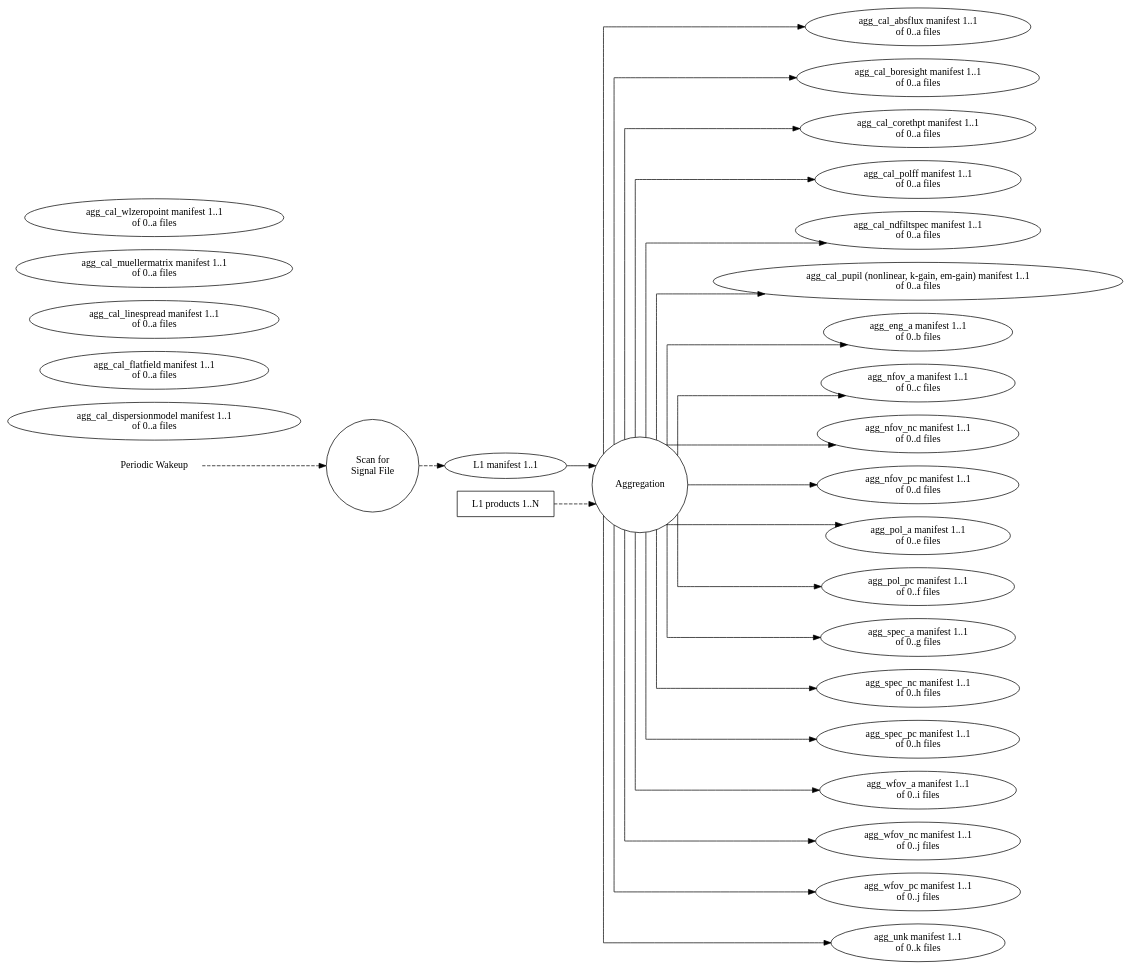
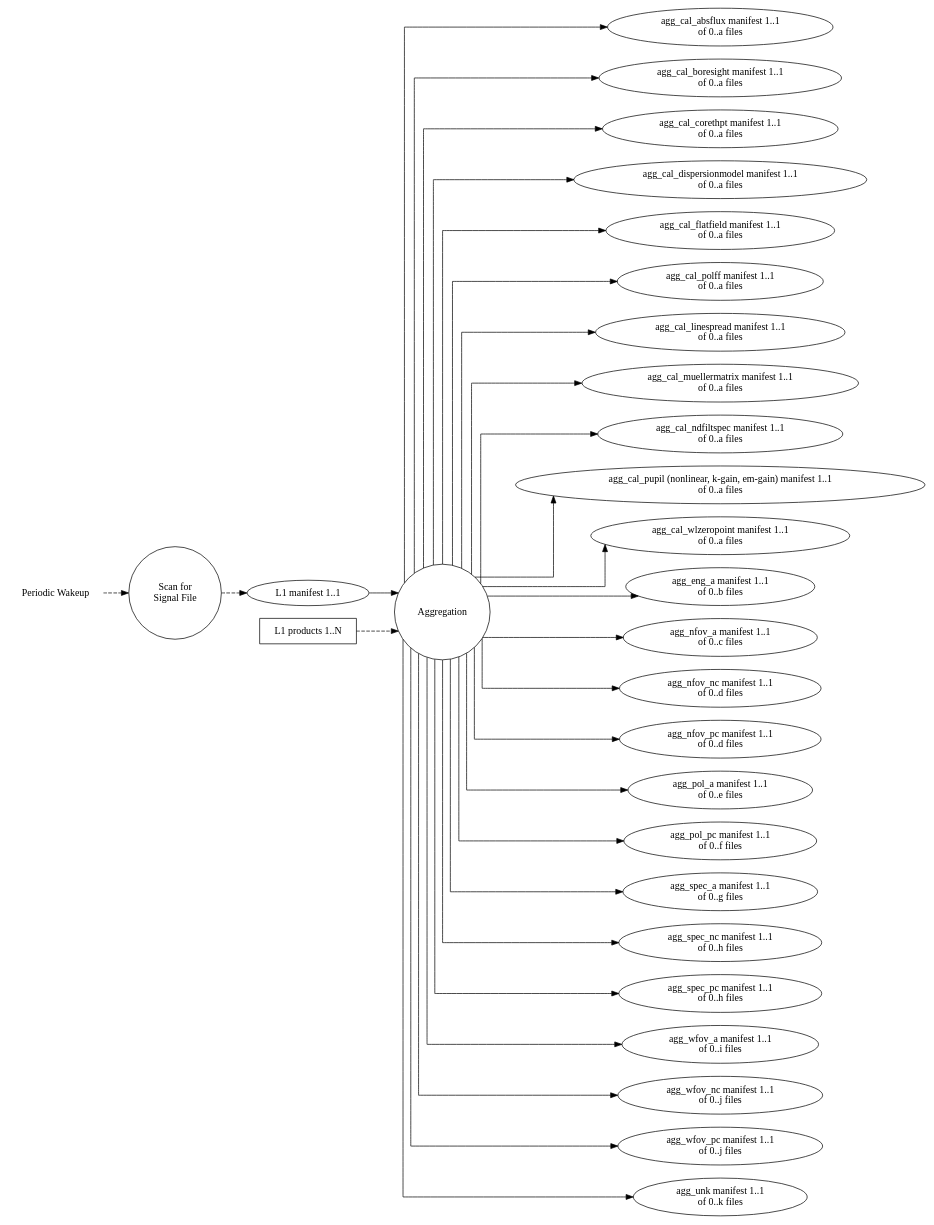
One commit to roman-corgi/ctc-dip changed the diagram in dip/basis/ck_agg.dot. Above: the diagram before and after it, drawn with Graphviz.

Commit message:
fully connect agg

```diff
--- a/dip/basis/ck_agg.dot
+++ b/dip/basis/ck_agg.dot
@@ -1,139 +1,144 @@
 digraph AggregationDesign
 {
     graph [splines="ortho", rankdir=LR];
 
     alarm [label="Periodic Wakeup", shape="none"];
     scan [label="Scan for\nSignal File", shape="circle"];
     
     agg_sort [label="Aggregation", shape="circle",
               runname="clerk.aggregation"
               runtype="dawgie.Algorithm"
               fsmtype="dip.clerk.impls.categorization.AggFSM"];
     
     agg_data [label="L1 products 1..N", shape="rectangle"];
     agg_man [label="L1 manifest 1..1", shape="ellipse",
              valname="clerk.scan.inbound.aggregate",
              valtype="dip.base.Manifest"];
 
     agg_cal_absflux_man [label="agg_cal_absflux manifest 1..1\nof 0..a files",
                          shape="ellipse",
                          valname="clerk.aggregation.channel.cal_absflux",
                          valtype="dip.base.Manifest"];
     agg_cal_boresight_man [label="agg_cal_boresight manifest 1..1\nof 0..a files",
                            shape="ellipse",
                            valname="clerk.aggregation.channel.cal_boresight",
                            valtype="dip.base.Manifest"];
     agg_cal_corethpt_man [label="agg_cal_corethpt manifest 1..1\nof 0..a files",
                           shape="ellipse",
                           valname="clerk.aggregation.channel.cal_corethpt",
                           valtype="dip.base.Manifest"];
     agg_cal_dpm_man [label="agg_cal_dispersionmodel manifest 1..1\nof 0..a files",
                      shape="ellipse",
                      valname="clerk.aggregation.channel.cal_dispersionmodel",
                      valtype="dip.base.Manifest"];
     agg_cal_ff_man [label="agg_cal_flatfield manifest 1..1\nof 0..a files",
                     shape="ellipse",
                     valname="clerk.aggregation.channel.cal_flatfield",
                     valtype="dip.base.Manifest"];
     agg_cal_polff_man [label="agg_cal_polff manifest 1..1\nof 0..a files",
                        shape="ellipse",
                        valname="clerk.aggregation.channel.cal_polff",
                        valtype="dip.base.Manifest"];
     agg_cal_lsf_man [label="agg_cal_linespread manifest 1..1\nof 0..a files",
                      shape="ellipse",
                      valname="clerk.aggregation.channel.cal_linespread",
                      valtype="dip.base.Manifest"];
     agg_cal_mm_man [label="agg_cal_muellermatrix manifest 1..1\nof 0..a files",
                     shape="ellipse",
                     valname="clerk.aggregation.channel.cal_muellermatrix",
                     valtype="dip.base.Manifest"];
     agg_cal_ndfiltspec_man [label="agg_cal_ndfiltspec manifest 1..1\nof 0..a files",
                             shape="ellipse",
                             valname="clerk.aggregation.channel.cal_ndfiltspec",
                             valtype="dip.base.Manifest"];
     agg_cal_pupil_man [label="agg_cal_pupil (nonlinear, k-gain, em-gain) manifest 1..1\nof 0..a files",
                        shape="ellipse",
                        valname="clerk.aggregation.channel.cal_pupil",
                        valtype="dip.base.Manifest"];
     agg_cal_wzp_man [label="agg_cal_wlzeropoint manifest 1..1\nof 0..a files",
                      shape="ellipse",
                      valname="clerk.aggregation.channel.cal_wlzeropoint",
                      valtype="dip.base.Manifest"];
     agg_eng_a_man [label="agg_eng_a manifest 1..1\nof 0..b files",
                    shape="ellipse",
                    valname="clerk.aggregation.channel.eng_a",
                    valtype="dip.base.Manifest"];
     agg_nfov_a_man [label="agg_nfov_a manifest 1..1\nof 0..c files",
                     shape="ellipse",
                     valname="clerk.aggregation.channel.nfov_a",
                     valtype="dip.base.Manifest"];
     agg_nfov_nc_man [label="agg_nfov_nc manifest 1..1\nof 0..d files",
                      shape="ellipse",
                      valname="clerk.aggregation.channel.nfov_nc",
                      valtype="dip.base.Manifest"];
     agg_nfov_pc_man [label="agg_nfov_pc manifest 1..1\nof 0..d files",
                      shape="ellipse",
                      valname="clerk.aggregation.channel.nfov_pc",
                      valtype="dip.base.Manifest"];
     agg_pol_a_man [label="agg_pol_a manifest 1..1\nof 0..e files",
                    shape="ellipse",
                    valname="clerk.aggregation.channel.pol_a",
                    valtype="dip.base.Manifest"];
     agg_pol_pc_man [label="agg_pol_pc manifest 1..1\nof 0..f files",
                     shape="ellipse",
                     valname="clerk.aggregation.channel.pol_pc",
                     valtype="dip.base.Manifest"];
     agg_spec_a_man [label="agg_spec_a manifest 1..1\nof 0..g files",
                     shape="ellipse",
                     valname="clerk.aggregation.channel.spec_a",
                     valtype="dip.base.Manifest"];
     agg_spec_nc_man [label="agg_spec_nc manifest 1..1\nof 0..h files",
                      shape="ellipse",
                      valname="clerk.aggregation.channel.spec_nc",
                      valtype="dip.base.Manifest"];
     agg_spec_pc_man [label="agg_spec_pc manifest 1..1\nof 0..h files",
                      shape="ellipse",
                      valname="clerk.aggregation.channel.spec_pc",
                      valtype="dip.base.Manifest"];
     agg_wfov_a_man [label="agg_wfov_a manifest 1..1\nof 0..i files",
                     shape="ellipse",
                     valname="clerk.aggregation.channel.wfov_a",
                     valtype="dip.base.Manifest"];
     agg_wfov_nc_man [label="agg_wfov_nc manifest 1..1\nof 0..j files",
                      shape="ellipse",
                      valname="clerk.aggregation.channel.wfov_nc",
                      valtype="dip.base.Manifest"];
     agg_wfov_pc_man [label="agg_wfov_pc manifest 1..1\nof 0..j files",
                      shape="ellipse",
                      valname="clerk.aggregation.channel.wfov_pc",
                      valtype="dip.base.Manifest"];
     agg_unk_man [label="agg_unk manifest 1..1\nof 0..k files",
                  shape="ellipse",
                  valname="clerk.aggregation.channel.unk",
                  valtype="dip.base.Manifest"];
 
     alarm -> scan [style="dashed"];
     scan -> agg_man [style="dashed"];
     agg_data -> agg_sort [style="dashed"];
     agg_man -> agg_sort;
 
     agg_sort -> agg_cal_absflux_man;
     agg_sort -> agg_cal_boresight_man;
     agg_sort -> agg_cal_corethpt_man;
+    agg_sort -> agg_cal_dpm_man;
+    agg_sort -> agg_cal_ff_man;
     agg_sort -> agg_cal_polff_man;
+    agg_sort -> agg_cal_lsf_man;
+    agg_sort -> agg_cal_mm_man;
     agg_sort -> agg_cal_ndfiltspec_man;
     agg_sort -> agg_cal_pupil_man;
+    agg_sort -> agg_cal_wzp_man;
     agg_sort -> agg_eng_a_man;
     agg_sort -> agg_nfov_a_man;
     agg_sort -> agg_nfov_nc_man;
     agg_sort -> agg_nfov_pc_man;
     agg_sort -> agg_pol_a_man;
     agg_sort -> agg_pol_pc_man;
     agg_sort -> agg_spec_a_man;
     agg_sort -> agg_spec_nc_man;
     agg_sort -> agg_spec_pc_man;
     agg_sort -> agg_wfov_a_man;
     agg_sort -> agg_wfov_nc_man;
     agg_sort -> agg_wfov_pc_man;
     agg_sort -> agg_unk_man;
 }
```
